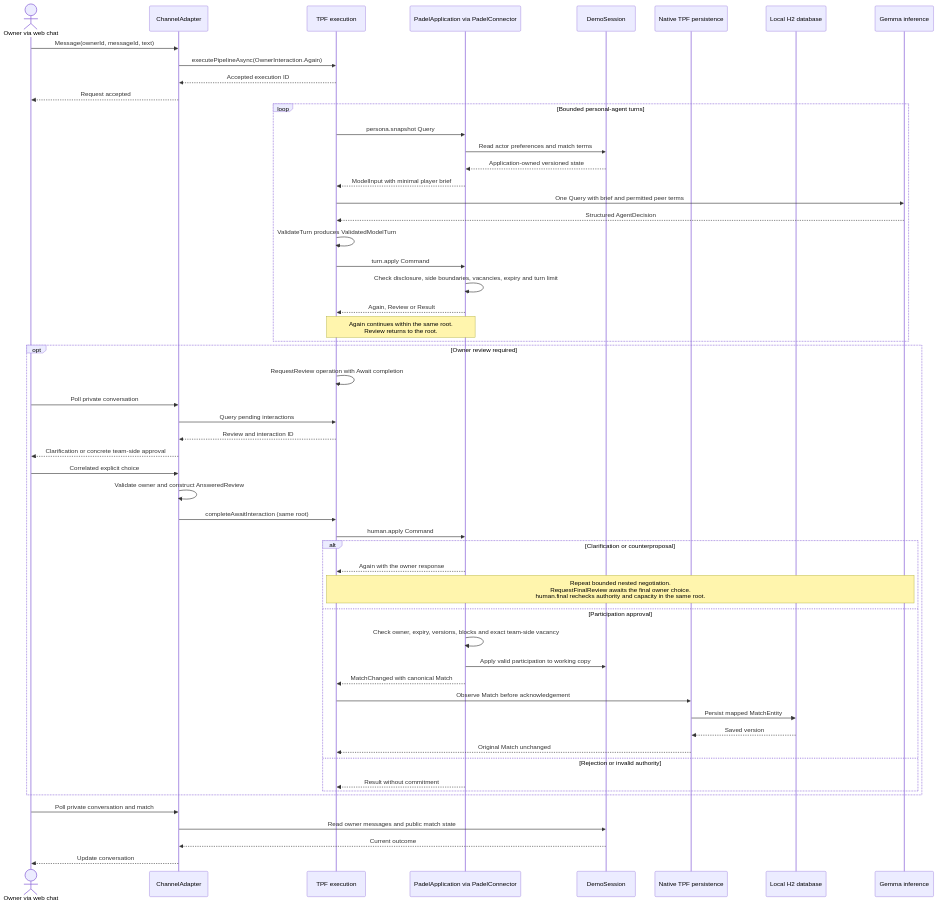
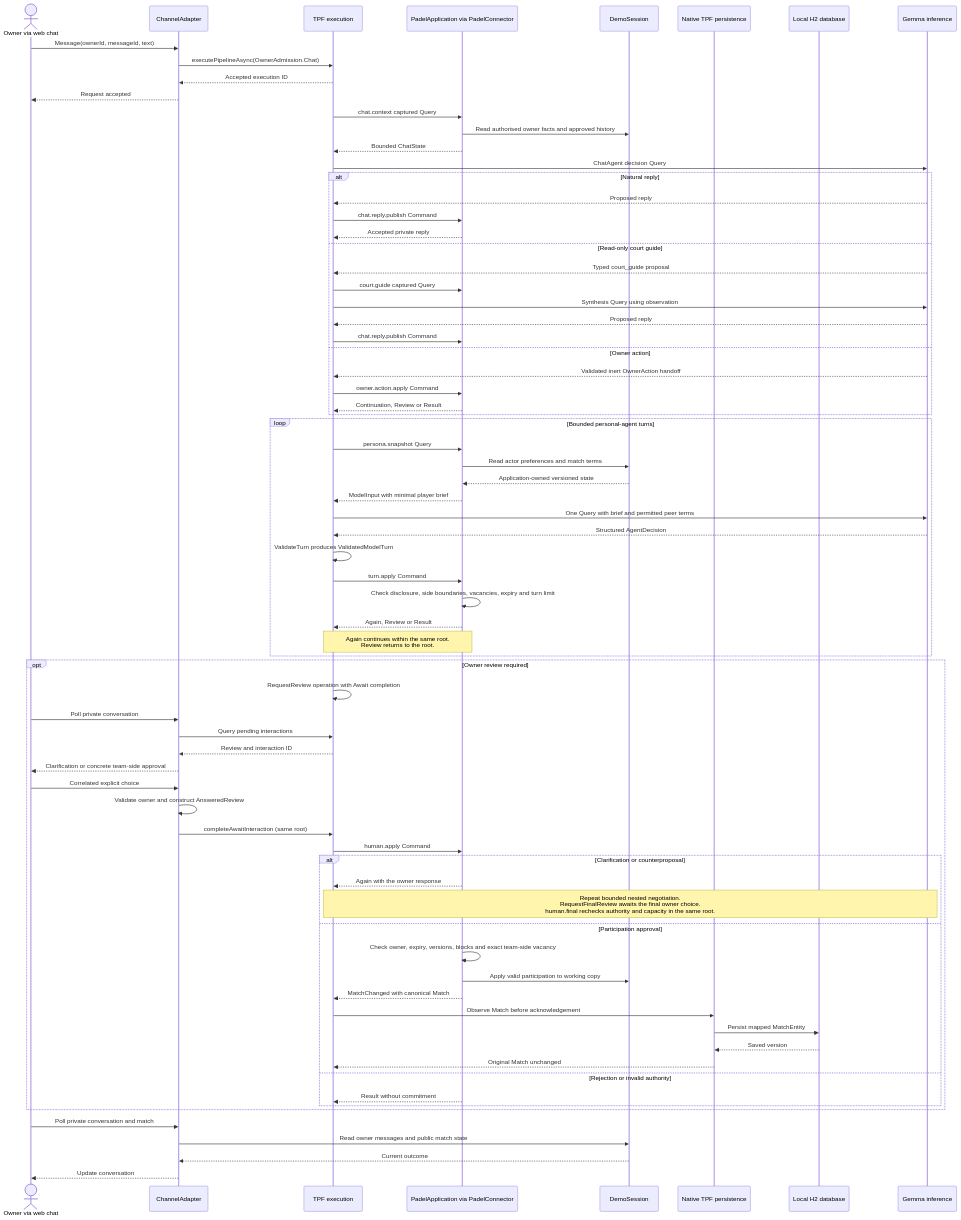
Before and after one commit to The-Pipeline-Framework/padelpot: the first of 2 diagrams in docs/architecture.md, drawn with Mermaid. The commit also changed other lines of this file and 29 other files, not shown here.

Commit message:
Unify owner conversation through ChatAgent handoff (#4)

````diff
--- a/docs/architecture.md
+++ b/docs/architecture.md
@@ -33,61 +33,81 @@
 ```mermaid
 sequenceDiagram
     actor Owner as Owner via web chat
     participant Channel as ChannelAdapter
     participant TPF as TPF execution
     participant App as PadelApplication via PadelConnector
     participant Session as DemoSession
     participant Persistence as Native TPF persistence
     participant DB as Local H2 database
     participant Gemma as Gemma inference
 
     Owner->>Channel: Message(ownerId, messageId, text)
-    Channel->>TPF: executePipelineAsync(OwnerInteraction.Again)
+    Channel->>TPF: executePipelineAsync(OwnerAdmission.Chat)
     TPF-->>Channel: Accepted execution ID
     Channel-->>Owner: Request accepted
+
+    TPF->>App: chat.context captured Query
+    App->>Session: Read authorised owner facts and approved history
+    App-->>TPF: Bounded ChatState
+    TPF->>Gemma: ChatAgent decision Query
+    alt Natural reply
+        Gemma-->>TPF: Proposed reply
+        TPF->>App: chat.reply.publish Command
+        App-->>TPF: Accepted private reply
+    else Read-only court guide
+        Gemma-->>TPF: Typed court_guide proposal
+        TPF->>App: court.guide captured Query
+        TPF->>Gemma: Synthesis Query using observation
+        Gemma-->>TPF: Proposed reply
+        TPF->>App: chat.reply.publish Command
+    else Owner action
+        Gemma-->>TPF: Validated inert OwnerAction handoff
+        TPF->>App: owner.action.apply Command
+        App-->>TPF: Continuation, Review or Result
+    end
 
     loop Bounded personal-agent turns
         TPF->>App: persona.snapshot Query
         App->>Session: Read actor preferences and match terms
         Session-->>App: Application-owned versioned state
         App-->>TPF: ModelInput with minimal player brief
         TPF->>Gemma: One Query with brief and permitted peer terms
         Gemma-->>TPF: Structured AgentDecision
         TPF->>TPF: ValidateTurn produces ValidatedModelTurn
         TPF->>App: turn.apply Command
         App->>App: Check disclosure, side boundaries, vacancies, expiry and turn limit
         App-->>TPF: Again, Review or Result
         Note over TPF,App: Again continues within the same root.<br/>Review returns to the root.
     end
 
     opt Owner review required
         TPF->>TPF: RequestReview operation with Await completion
         Owner->>Channel: Poll private conversation
         Channel->>TPF: Query pending interactions
         TPF-->>Channel: Review and interaction ID
         Channel-->>Owner: Clarification or concrete team-side approval
         Owner->>Channel: Correlated explicit choice
         Channel->>Channel: Validate owner and construct AnsweredReview
         Channel->>TPF: completeAwaitInteraction (same root)
         TPF->>App: human.apply Command
         alt Clarification or counterproposal
             App-->>TPF: Again with the owner response
             Note over TPF,Gemma: Repeat bounded nested negotiation.<br/>RequestFinalReview awaits the final owner choice.<br/>human.final rechecks authority and capacity in the same root.
         else Participation approval
             App->>App: Check owner, expiry, versions, blocks and exact team-side vacancy
             App->>Session: Apply valid participation to working copy
             App-->>TPF: MatchChanged with canonical Match
             TPF->>Persistence: Observe Match before acknowledgement
             Persistence->>DB: Persist mapped MatchEntity
             DB-->>Persistence: Saved version
             Persistence-->>TPF: Original Match unchanged
         else Rejection or invalid authority
             App-->>TPF: Result without commitment
         end
     end
 
     Owner->>Channel: Poll private conversation and match
     Channel->>Session: Read owner messages and public match state
     Session-->>Channel: Current outcome
     Channel-->>Owner: Update conversation
 ```
````
